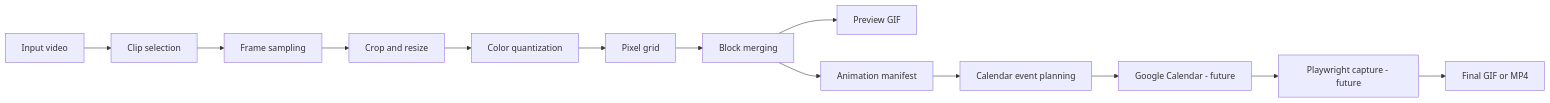
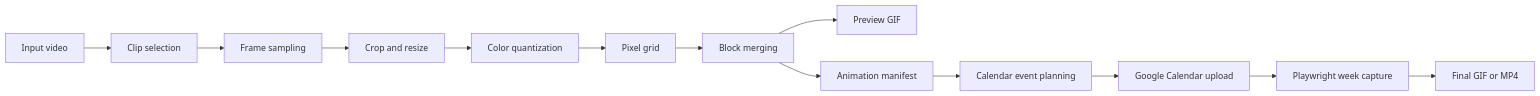
One commit to Santos-Moura/calendar-animation-maker changed the diagram in README.md. Above: the diagram before and after it, drawn with Mermaid. The commit also changed other lines of this file and 3 other files, not shown here.

Commit message:
docs: document calendar capture workflow

````diff
--- a/README.md
+++ b/README.md
@@ -7,15 +7,15 @@
 ```mermaid
 flowchart LR
     A[Input video] --> B[Clip selection]
     B --> C[Frame sampling]
     C --> D[Crop and resize]
     D --> E[Color quantization]
     E --> F[Pixel grid]
     F --> G[Block merging]
     G --> H[Preview GIF]
     G --> I[Animation manifest]
     I --> J[Calendar event planning]
-    J --> K[Google Calendar - future]
-    K --> L[Playwright capture - future]
+    J --> K[Google Calendar upload]
+    K --> L[Playwright week capture]
     L --> M[Final GIF or MP4]
 ```
````
